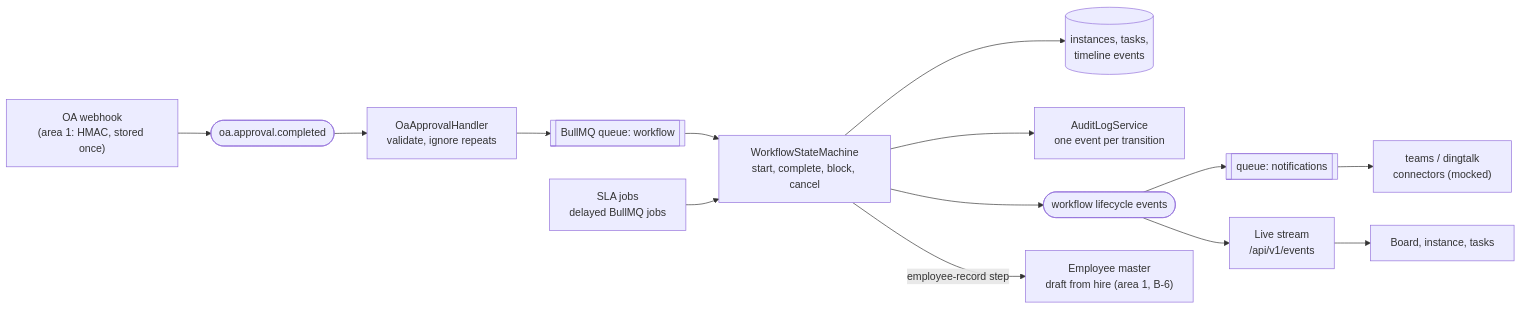
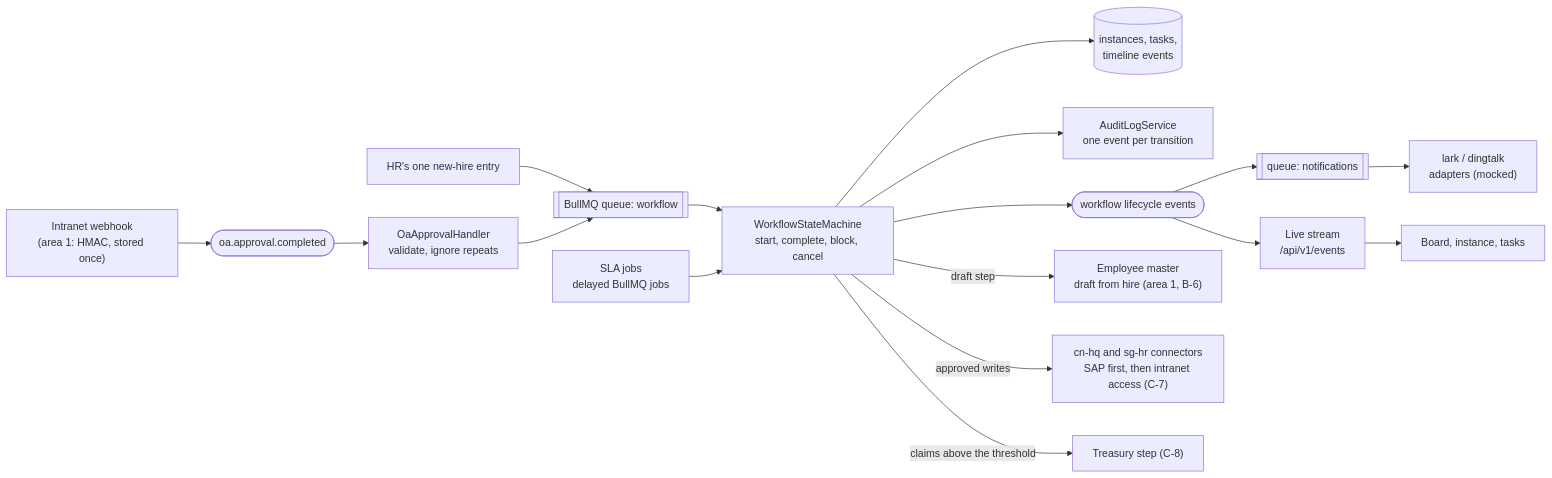
The first of 2 diagrams in docs/team/area-2-workflow-automation.md (xiu2809xiu-rgb/sccci-innovation-project), drawn with Mermaid before and after one commit. The commit also changed other lines of this file and 13 other files, not shown here.

````diff
--- a/docs/team/area-2-workflow-automation.md
+++ b/docs/team/area-2-workflow-automation.md
@@ -37,14 +41,17 @@
 ```mermaid
 flowchart LR
-  OA["OA webhook<br/>(area 1: HMAC, stored once)"] --> EVT(["oa.approval.completed"])
+  OA["Intranet webhook<br/>(area 1: HMAC, stored once)"] --> EVT(["oa.approval.completed"])
   EVT --> H["OaApprovalHandler<br/>validate, ignore repeats"]
+  ENTRY["HR's one new-hire entry"] --> Q
   H --> Q[["BullMQ queue: workflow"]]
   Q --> SM["WorkflowStateMachine<br/>start, complete, block, cancel"]
   SM --> DB[("instances, tasks,<br/>timeline events")]
   SM --> AUD["AuditLogService<br/>one event per transition"]
   SM --> BUS(["workflow lifecycle events"])
-  SM -->|employee-record step| MASTER["Employee master<br/>draft from hire (area 1, B-6)"]
+  SM -->|draft step| MASTER["Employee master<br/>draft from hire (area 1, B-6)"]
+  SM -->|approved writes| CONN["cn-hq and sg-hr connectors<br/>SAP first, then intranet access (C-7)"]
+  SM -->|claims above the threshold| TRE["Treasury step (C-8)"]
   SLA["SLA jobs<br/>delayed BullMQ jobs"] --> SM
-  BUS --> N[["queue: notifications"]] --> TEAMS["teams / dingtalk<br/>connectors (mocked)"]
+  BUS --> N[["queue: notifications"]] --> MSG["lark / dingtalk<br/>adapters (mocked)"]
   BUS --> SSE["Live stream<br/>/api/v1/events"] --> UI["Board, instance, tasks"]
 ```
````
